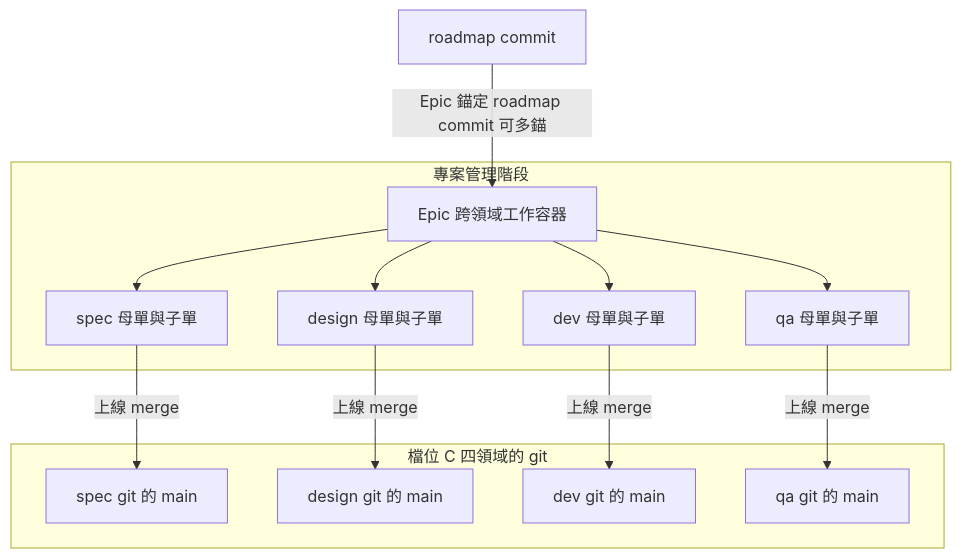
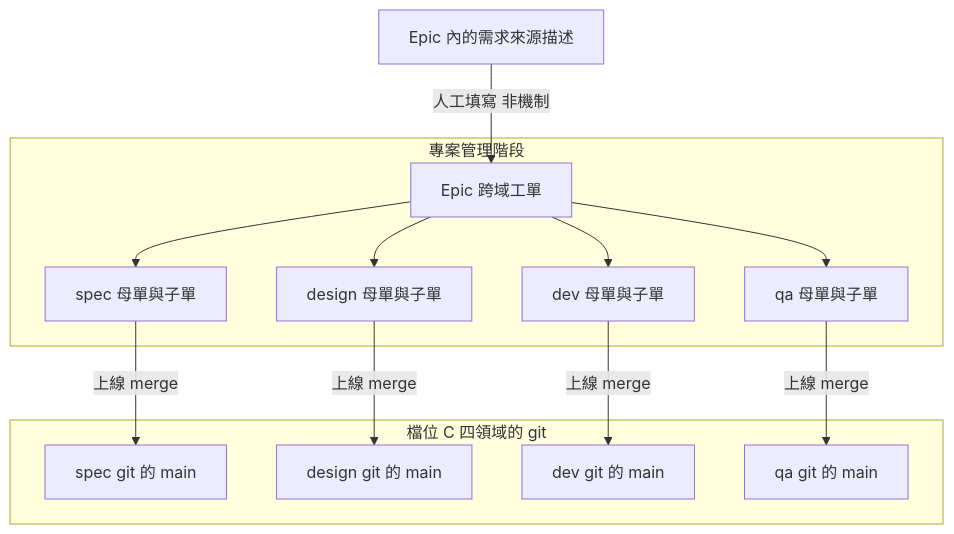
The second of 3 diagrams in no03_Product_Management_Guide/no1_Product_Management_Foundation/no3_igotthis_system_concept/no4_data_model_and_trace.md (almightyken0425/KnowledgeVault), drawn with Mermaid before and after one commit. The commit also changed other lines of this file and 7 other files, not shown here.

````diff
--- a/no03_Product_Management_Guide/no1_Product_Management_Foundation/no3_igotthis_system_concept/no4_data_model_and_trace.md
+++ b/no03_Product_Management_Guide/no1_Product_Management_Foundation/no3_igotthis_system_concept/no4_data_model_and_trace.md
@@ -48,26 +50,26 @@
 ```mermaid
 flowchart TD
-    RC["roadmap commit"]
+    SRC["Epic 內的需求來源描述"]
     subgraph PMO["專案管理階段"]
-        EP["Epic 跨領域工作容器"]
+        EP["Epic 跨域工單"]
         SM["spec 母單與子單"]
         DM["design 母單與子單"]
         VM["dev 母單與子單"]
         QM["qa 母單與子單"]
     end
     subgraph GITS["檔位 C 四領域的 git"]
         SG["spec git 的 main"]
         DG["design git 的 main"]
         VG["dev git 的 main"]
         QG["qa git 的 main"]
     end
-    RC -->|"Epic 錨定 roadmap commit 可多錨"| EP
+    SRC -->|"人工填寫 非機制"| EP
     EP --> SM
     EP --> DM
     EP --> VM
     EP --> QM
     SM -->|"上線 merge"| SG
     DM -->|"上線 merge"| DG
     VM -->|"上線 merge"| VG
     QM -->|"上線 merge"| QG
 ```
````
